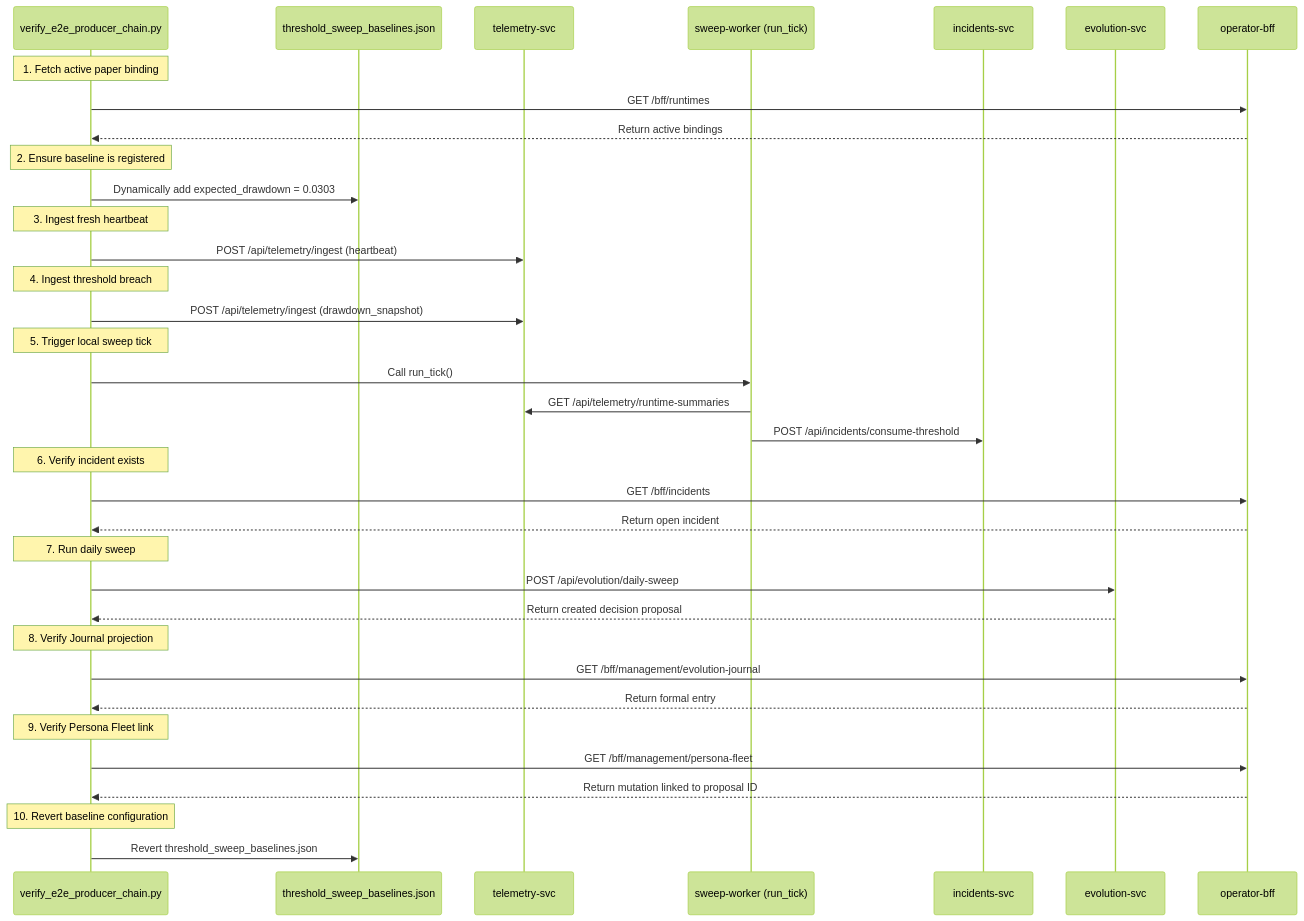
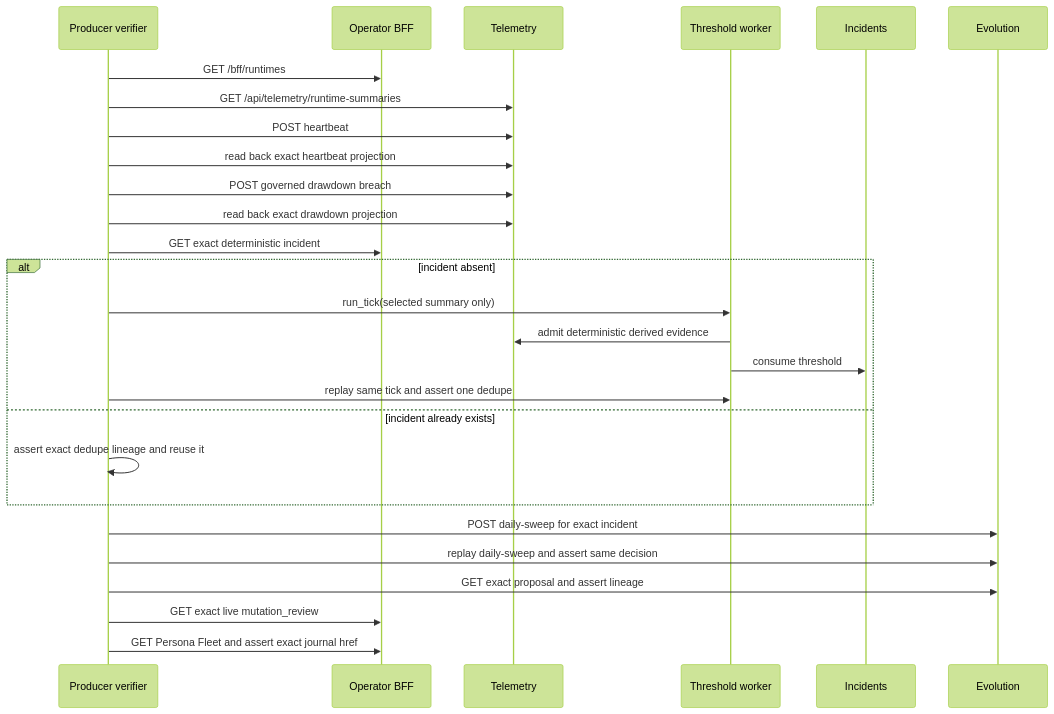
The diagram in docs/bff/execution-tasks/2026-07-13-evolution-journal-producer-gap/EVOCHAIN-010-producer-chain-verifier.md (ajoe734/pantheon), drawn with Mermaid (forest theme) before and after one commit. The commit also changed other lines of this file and 2 other files, not shown here.

First line of the commit message:
EVOCHAIN-010: anchor mutating verifier safety

````diff
--- a/docs/bff/execution-tasks/2026-07-13-evolution-journal-producer-gap/EVOCHAIN-010-producer-chain-verifier.md
+++ b/docs/bff/execution-tasks/2026-07-13-evolution-journal-producer-gap/EVOCHAIN-010-producer-chain-verifier.md
@@ -8,47 +74,30 @@
 ```mermaid
 sequenceDiagram
-    participant Verifier as verify_e2e_producer_chain.py
-    participant Baselines as threshold_sweep_baselines.json
-    participant Telemetry as telemetry-svc
-    participant Worker as sweep-worker (run_tick)
-    participant Incidents as incidents-svc
-    participant Evolution as evolution-svc
-    participant BFF as operator-bff
+    participant V as Producer verifier
+    participant BFF as Operator BFF
+    participant T as Telemetry
+    participant W as Threshold worker
+    participant I as Incidents
+    participant E as Evolution
 
-    Note over Verifier: 1. Fetch active paper binding
-    Verifier->>BFF: GET /bff/runtimes
-    BFF-->>Verifier: Return active bindings
-    
-    Note over Verifier: 2. Ensure baseline is registered
-    Verifier->>Baselines: Dynamically add expected_drawdown = 0.0303
-    
-    Note over Verifier: 3. Ingest fresh heartbeat
-    Verifier->>Telemetry: POST /api/telemetry/ingest (heartbeat)
-    
-    Note over Verifier: 4. Ingest threshold breach
-    Verifier->>Telemetry: POST /api/telemetry/ingest (drawdown_snapshot)
-    
-    Note over Verifier: 5. Trigger local sweep tick
-    Verifier->>Worker: Call run_tick()
-    Worker->>Telemetry: GET /api/telemetry/runtime-summaries
-    Worker->>Incidents: POST /api/incidents/consume-threshold
-    
-    Note over Verifier: 6. Verify incident exists
-    Verifier->>BFF: GET /bff/incidents
-    BFF-->>Verifier: Return open incident
-    
-    Note over Verifier: 7. Run daily sweep
-    Verifier->>Evolution: POST /api/evolution/daily-sweep
-    Evolution-->>Verifier: Return created decision proposal
-    
-    Note over Verifier: 8. Verify Journal projection
-    Verifier->>BFF: GET /bff/management/evolution-journal
-    BFF-->>Verifier: Return formal entry
-    
-    Note over Verifier: 9. Verify Persona Fleet link
-    Verifier->>BFF: GET /bff/management/persona-fleet
-    BFF-->>Verifier: Return mutation linked to proposal ID
-    
-    Note over Verifier: 10. Revert baseline configuration
-    Verifier->>Baselines: Revert threshold_sweep_baselines.json
+    V->>BFF: GET /bff/runtimes
+    V->>T: GET /api/telemetry/runtime-summaries
+    V->>T: POST heartbeat
+    V->>T: read back exact heartbeat projection
+    V->>T: POST governed drawdown breach
+    V->>T: read back exact drawdown projection
+    V->>BFF: GET exact deterministic incident
+    alt incident absent
+        V->>W: run_tick(selected summary only)
+        W->>T: admit deterministic derived evidence
+        W->>I: consume threshold
+        V->>W: replay same tick and assert one dedupe
+    else incident already exists
+        V->>V: assert exact dedupe lineage and reuse it
+    end
+    V->>E: POST daily-sweep for exact incident
+    V->>E: replay daily-sweep and assert same decision
+    V->>E: GET exact proposal and assert lineage
+    V->>BFF: GET exact live mutation_review
+    V->>BFF: GET Persona Fleet and assert exact journal href
 ```
````
